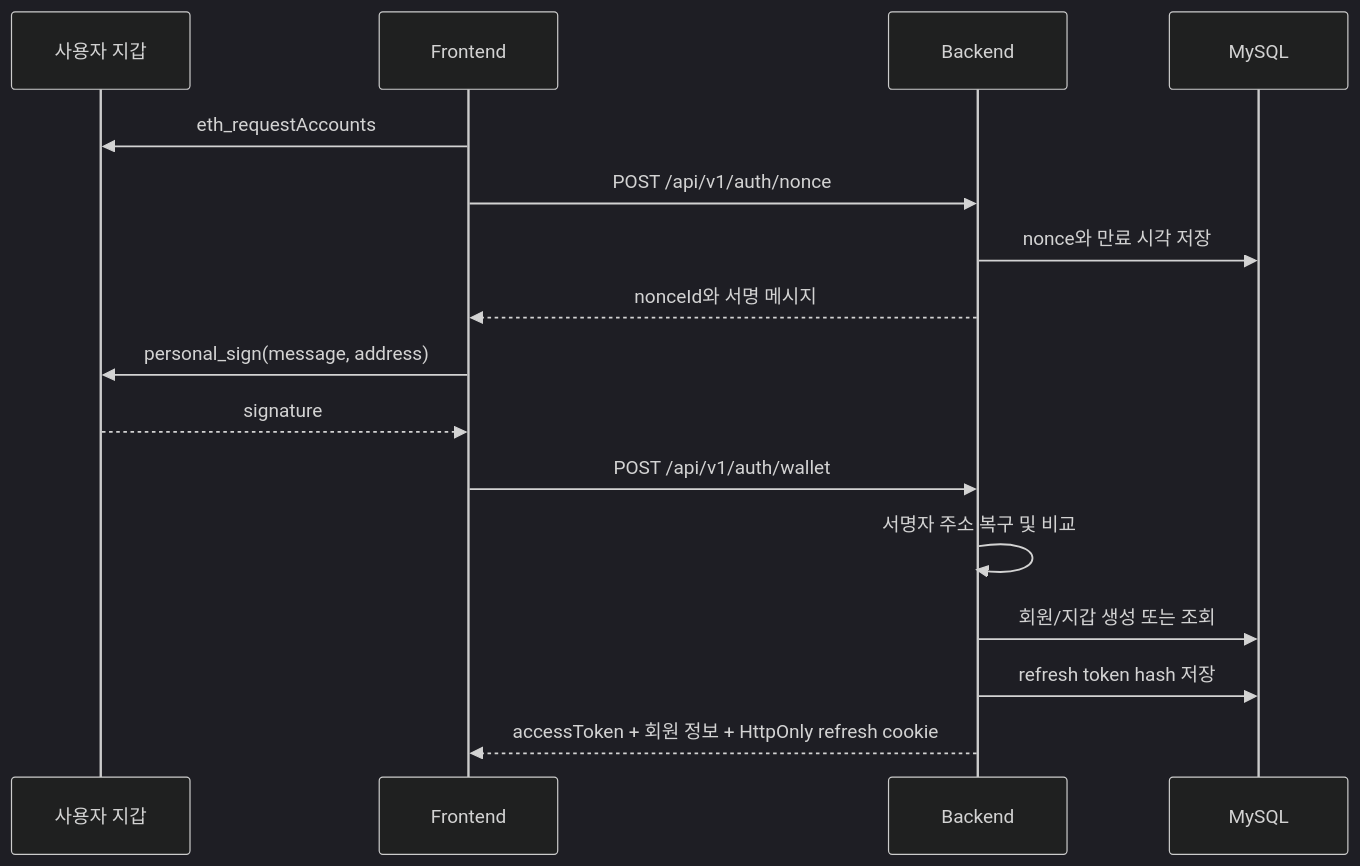
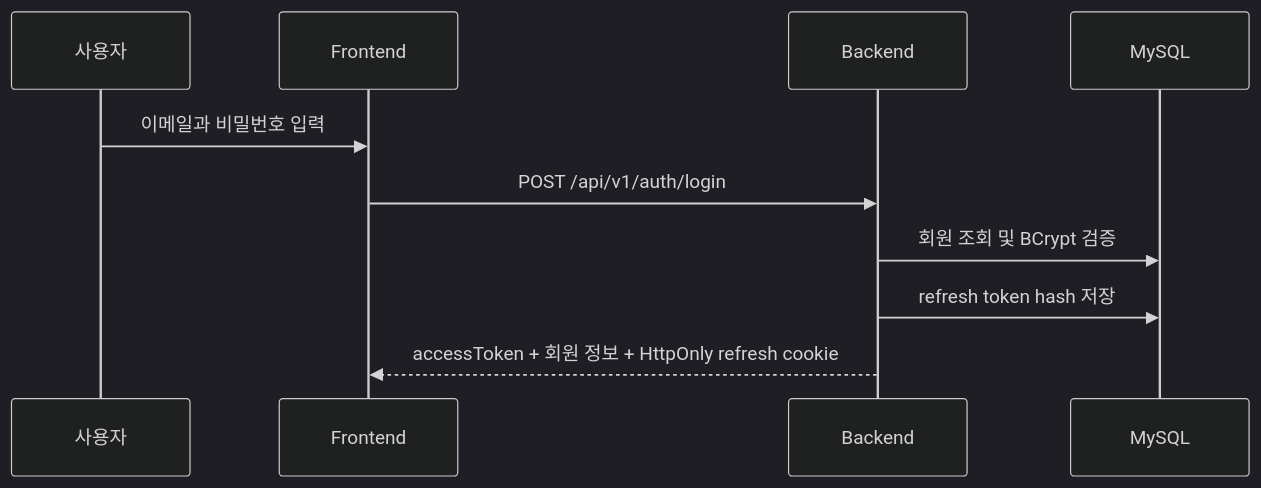
Before and after one commit to crypto-talk/cryptalk: the diagram in docs/PROJECT_HANDOFF.md, drawn with Mermaid (dark theme). The commit also changed other lines of this file and 8 other files, not shown here.

Commit message:
refactor: remove wallet authentication login

````diff
--- a/docs/PROJECT_HANDOFF.md
+++ b/docs/PROJECT_HANDOFF.md
@@ -192,19 +192,13 @@
 ```mermaid
 sequenceDiagram
-    participant U as 사용자 지갑
+    participant U as 사용자
     participant F as Frontend
     participant B as Backend
     participant DB as MySQL
 
-    F->>U: eth_requestAccounts
-    F->>B: POST /api/v1/auth/nonce
-    B->>DB: nonce와 만료 시각 저장
-    B-->>F: nonceId와 서명 메시지
-    F->>U: personal_sign(message, address)
-    U-->>F: signature
-    F->>B: POST /api/v1/auth/wallet
-    B->>B: 서명자 주소 복구 및 비교
-    B->>DB: 회원/지갑 생성 또는 조회
+    U->>F: 이메일과 비밀번호 입력
+    F->>B: POST /api/v1/auth/login
+    B->>DB: 회원 조회 및 BCrypt 검증
     B->>DB: refresh token hash 저장
     B-->>F: accessToken + 회원 정보 + HttpOnly refresh cookie
 ```
````
